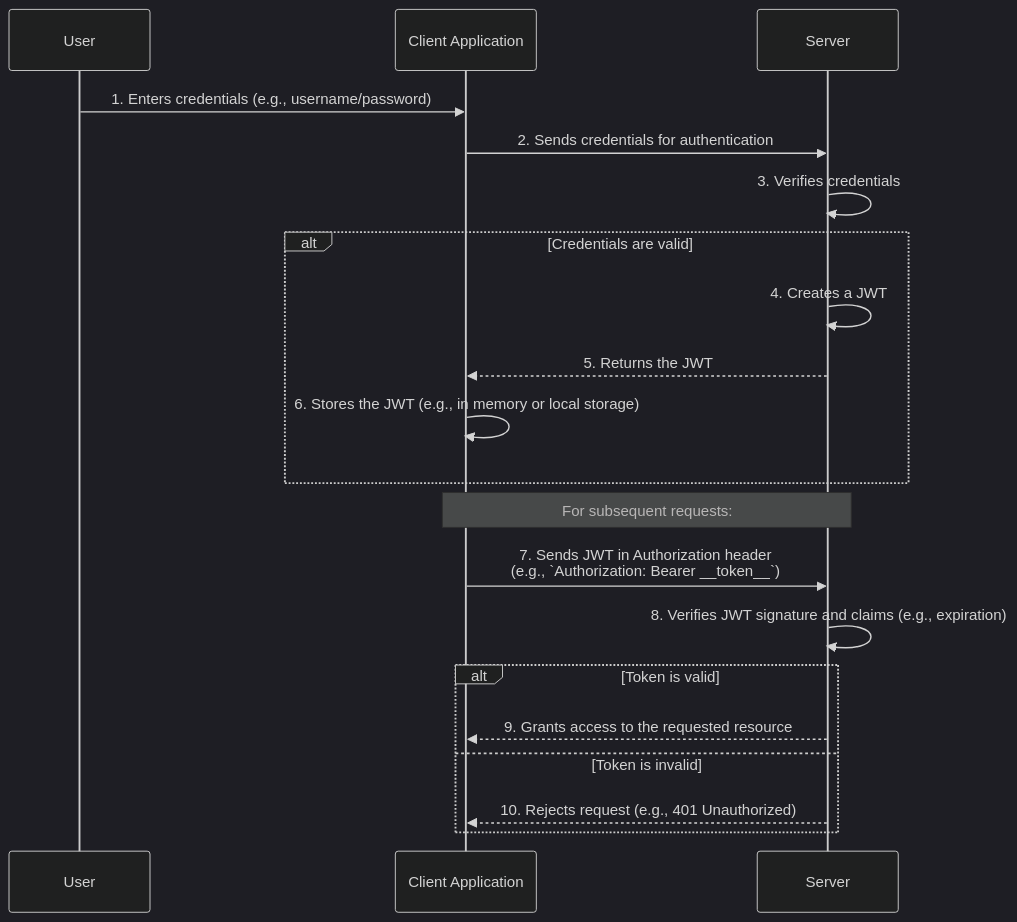
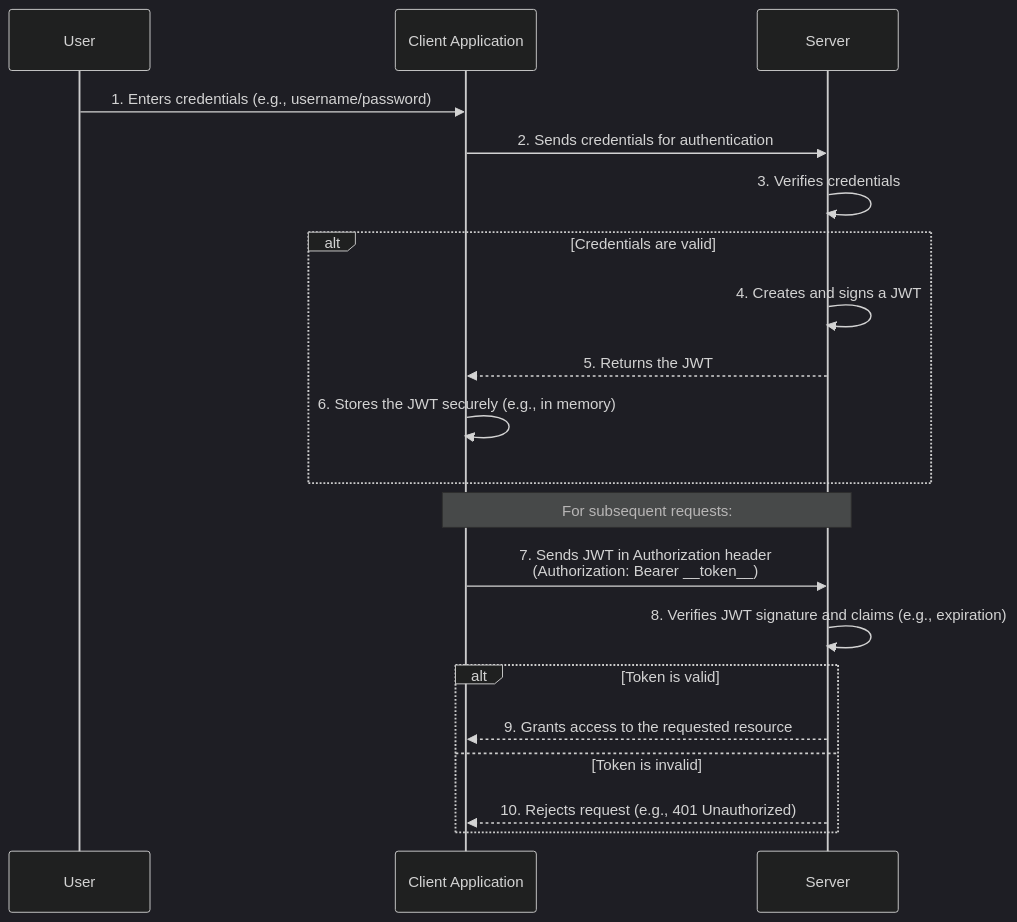
The diagram in software-architecture/security/jwt.md (bmeurant/technical-docs), drawn with Mermaid (dark theme) before and after one commit. The commit also changed other lines of this file and 1 other file, not shown here.

Commit message:
docs(software-architecture): update authentication & JWT

````diff
--- a/software-architecture/security/jwt.md
+++ b/software-architecture/security/jwt.md
@@ -71,25 +67,25 @@
 ```mermaid
 sequenceDiagram
     participant User
     participant ClientApp as Client Application
     participant Server
 
     User->>ClientApp: 1. Enters credentials (e.g., username/password)
     ClientApp->>Server: 2. Sends credentials for authentication
     Server->>Server: 3. Verifies credentials
     alt Credentials are valid
-        Server->>Server: 4. Creates a JWT
+        Server->>Server: 4. Creates and signs a JWT
         Server-->>ClientApp: 5. Returns the JWT
-        ClientApp->>ClientApp: 6. Stores the JWT (e.g., in memory or local storage)
+        ClientApp->>ClientApp: 6. Stores the JWT securely (e.g., in memory)
     end
 
     Note over ClientApp, Server: For subsequent requests:
 
-    ClientApp->>Server: 7. Sends JWT in Authorization header<br>(e.g., `Authorization: Bearer __token__`)
+    ClientApp->>Server: 7. Sends JWT in Authorization header<br>(Authorization: Bearer __token__)
     Server->>Server: 8. Verifies JWT signature and claims (e.g., expiration)
     alt Token is valid
         Server-->>ClientApp: 9. Grants access to the requested resource
     else Token is invalid
         Server-->>ClientApp: 10. Rejects request (e.g., 401 Unauthorized)
     end
 ```
````
